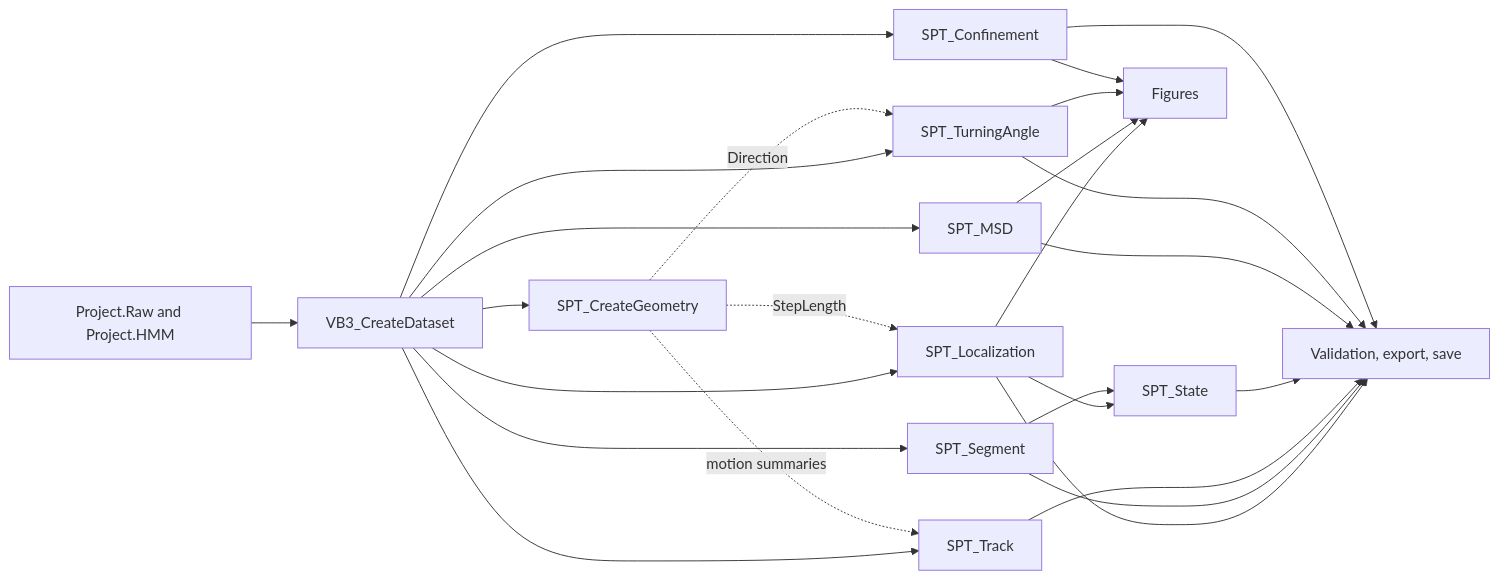
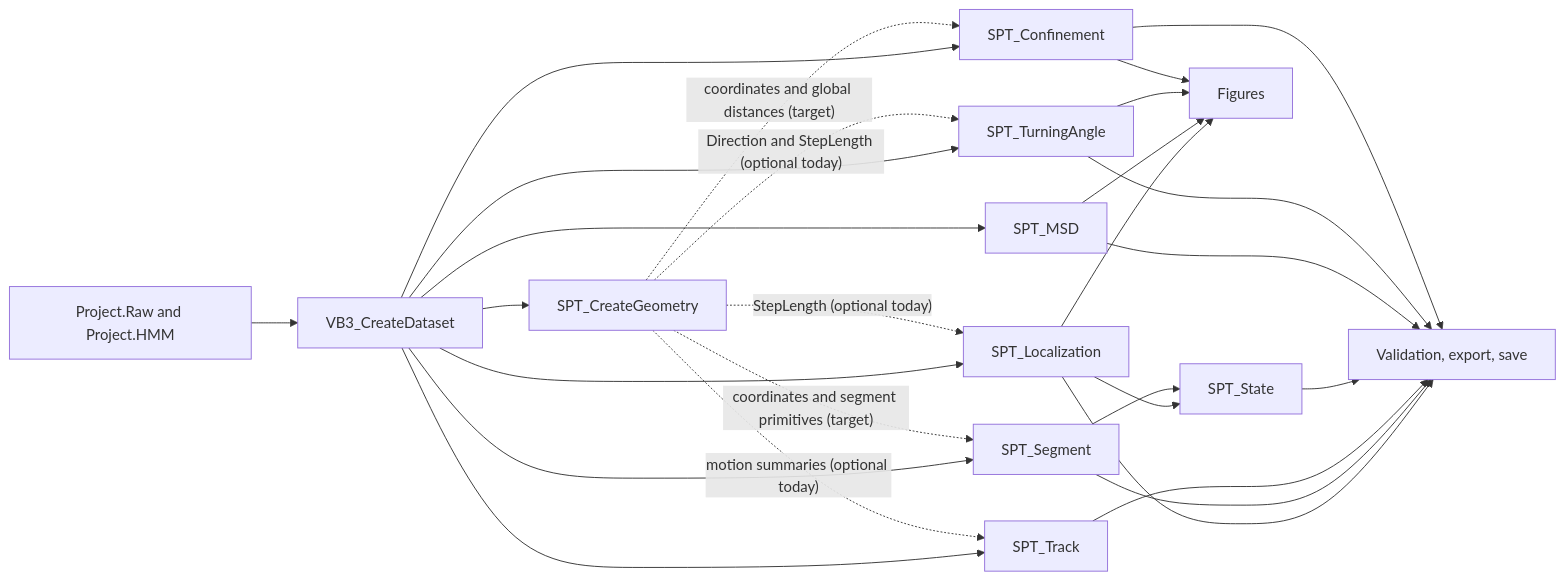
The diagram in docs/v5_analysis_plan.md (lisiweilisi-hub/VB3_Companion_Toolbox), drawn with Mermaid before and after one commit. The commit also changed other lines of this file and 2 other files, not shown here.

````diff
--- a/docs/v5_analysis_plan.md
+++ b/docs/v5_analysis_plan.md
@@ -48,27 +48,29 @@
 ```mermaid
 flowchart LR
     RAW["Project.Raw and Project.HMM"] --> DS["VB3_CreateDataset"]
     DS --> GEO["SPT_CreateGeometry"]
     DS --> LOC["SPT_Localization"]
     DS --> SEG["SPT_Segment"]
     DS --> TRK["SPT_Track"]
     DS --> MSD["SPT_MSD"]
     DS --> TA["SPT_TurningAngle"]
     DS --> CONF["SPT_Confinement"]
-    GEO -. "StepLength" .-> LOC
-    GEO -. "motion summaries" .-> TRK
-    GEO -. "Direction" .-> TA
+    GEO -. "StepLength (optional today)" .-> LOC
+    GEO -. "coordinates and segment primitives (target)" .-> SEG
+    GEO -. "motion summaries (optional today)" .-> TRK
+    GEO -. "Direction and StepLength (optional today)" .-> TA
+    GEO -. "coordinates and global distances (target)" .-> CONF
     LOC --> STATE["SPT_State"]
     SEG --> STATE
     LOC --> FIG["Figures"]
     MSD --> FIG
     TA --> FIG
     CONF --> FIG
     LOC --> OUT["Validation, export, save"]
     SEG --> OUT
     TRK --> OUT
     STATE --> OUT
     MSD --> OUT
     TA --> OUT
     CONF --> OUT
 ```
````
